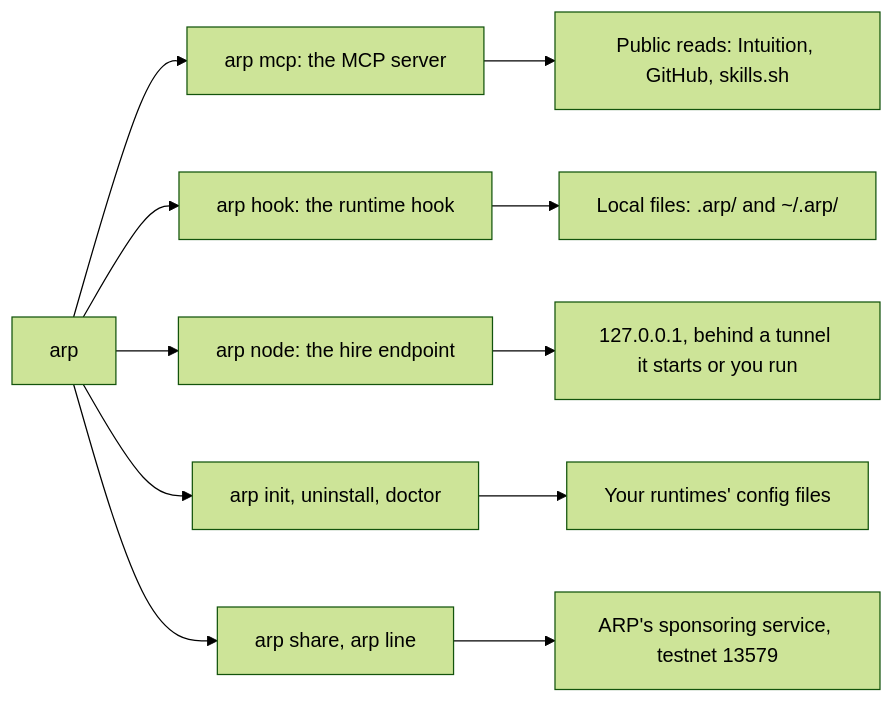
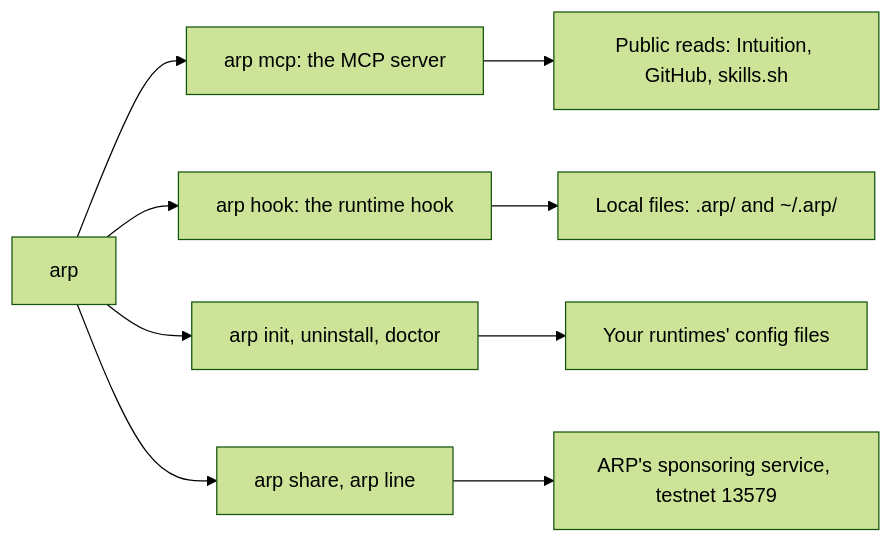
Before and after one commit to intuition-box/ARP: the diagram in apps/web/public/docs/cli.md, drawn with Mermaid (forest theme). The commit also changed other lines of this file and 179 other files, not shown here.

````diff
--- a/apps/web/public/docs/cli.md
+++ b/apps/web/public/docs/cli.md
@@ -28,13 +28,11 @@
 ```mermaid
 flowchart LR
     arp["arp"] --> mcp["arp mcp: the MCP server"]
     arp --> hook["arp hook: the runtime hook"]
-    arp --> node["arp node: the hire endpoint"]
     arp --> setup["arp init, uninstall, doctor"]
     arp --> write["arp share, arp line"]
     mcp --> reads["Public reads: Intuition, GitHub, skills.sh"]
     hook --> local["Local files: .arp/ and ~/.arp/"]
-    node --> tunnel["127.0.0.1, behind a tunnel it starts or you run"]
     setup --> configs["Your runtimes' config files"]
     write --> sponsor["ARP's sponsoring service, testnet 13579"]
 ```
````
